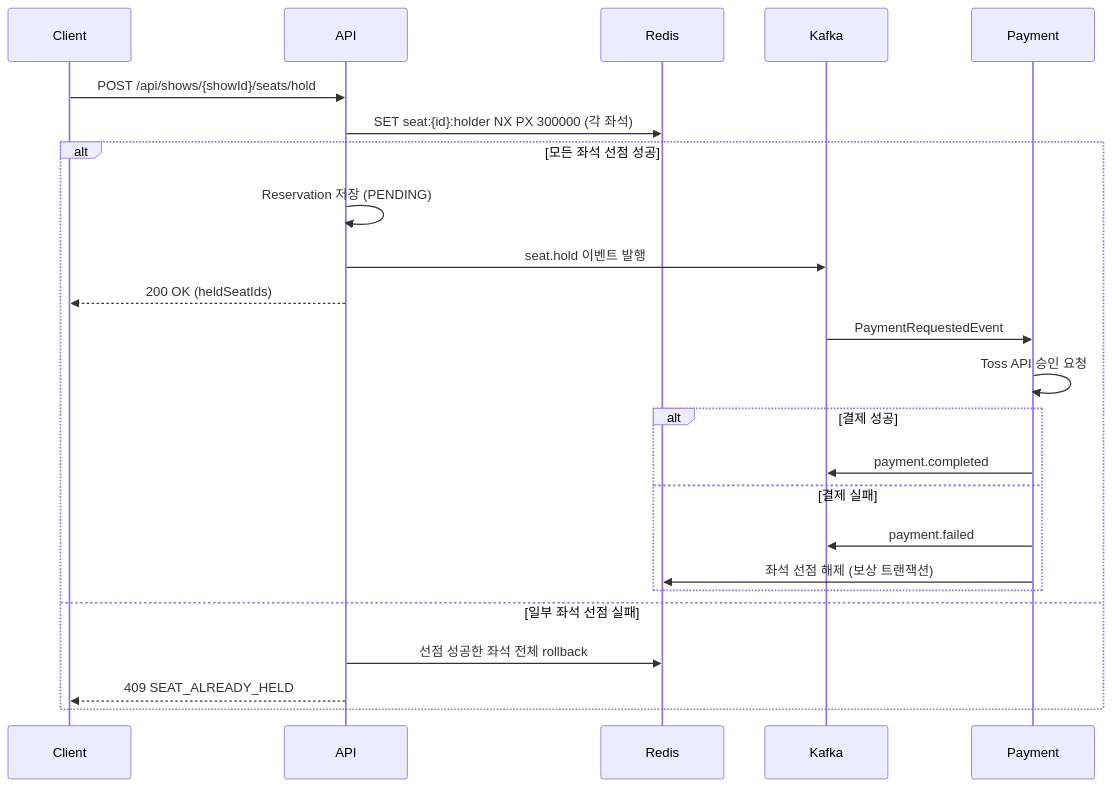
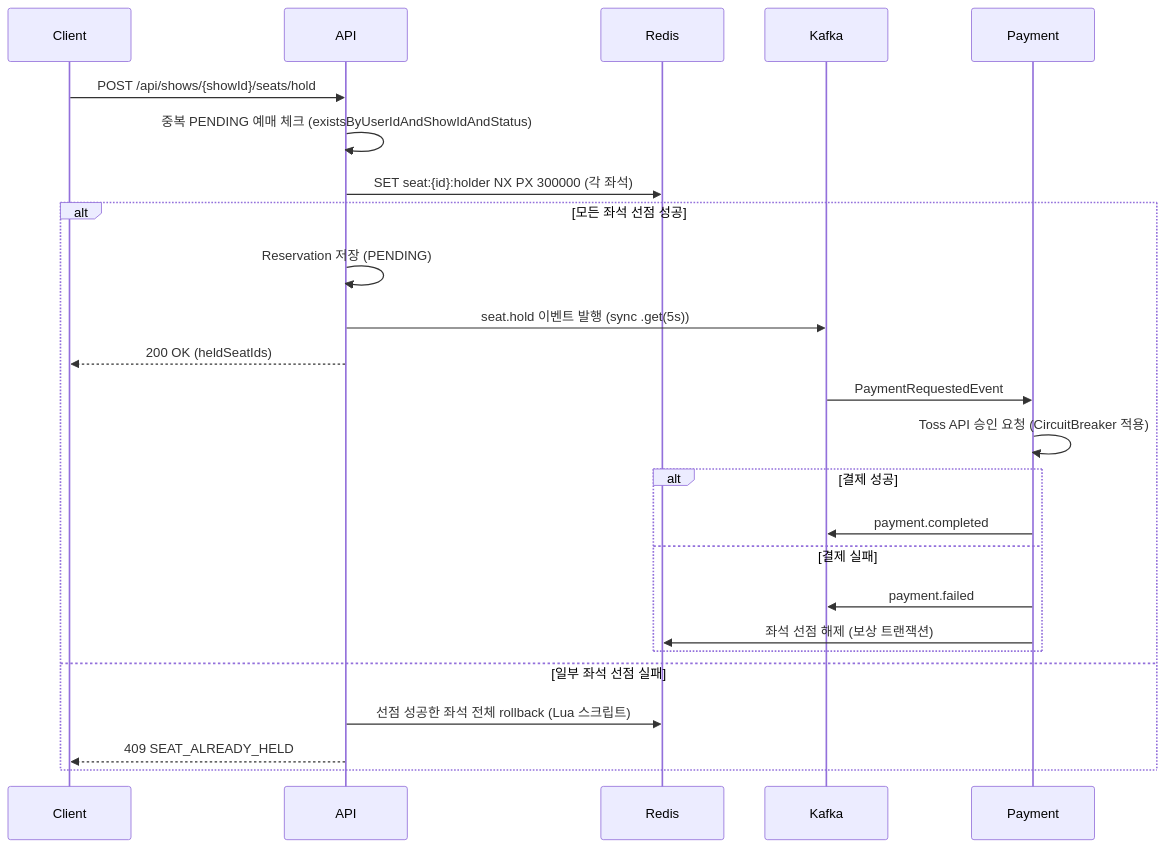
The second of 2 diagrams in README.md (ingsso/stagepass), drawn with Mermaid before and after one commit. The commit also changed other lines of this file, not shown here.

````diff
--- a/README.md
+++ b/README.md
@@ -126,27 +133,28 @@
 ```mermaid
 sequenceDiagram
     participant C as Client
     participant A as API
     participant R as Redis
     participant K as Kafka
     participant P as Payment
 
     C->>A: POST /api/shows/{showId}/seats/hold
+    A->>A: 중복 PENDING 예매 체크 (existsByUserIdAndShowIdAndStatus)
     A->>R: SET seat:{id}:holder NX PX 300000 (각 좌석)
     alt 모든 좌석 선점 성공
         A->>A: Reservation 저장 (PENDING)
-        A->>K: seat.hold 이벤트 발행
+        A->>K: seat.hold 이벤트 발행 (sync .get(5s))
         A-->>C: 200 OK (heldSeatIds)
         K->>P: PaymentRequestedEvent
-        P->>P: Toss API 승인 요청
+        P->>P: Toss API 승인 요청 (CircuitBreaker 적용)
         alt 결제 성공
             P->>K: payment.completed
         else 결제 실패
             P->>K: payment.failed
             P->>R: 좌석 선점 해제 (보상 트랜잭션)
         end
     else 일부 좌석 선점 실패
-        A->>R: 선점 성공한 좌석 전체 rollback
+        A->>R: 선점 성공한 좌석 전체 rollback (Lua 스크립트)
         A-->>C: 409 SEAT_ALREADY_HELD
     end
 ```
````
